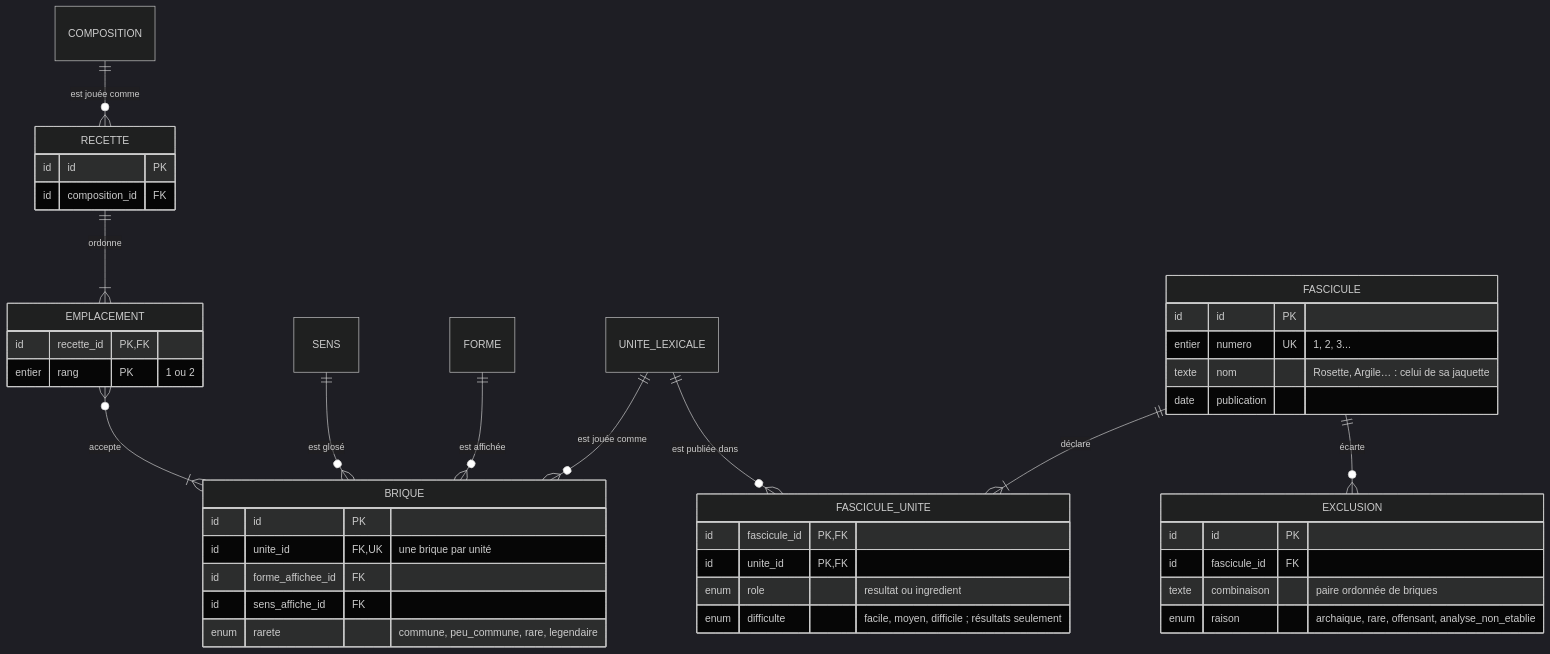
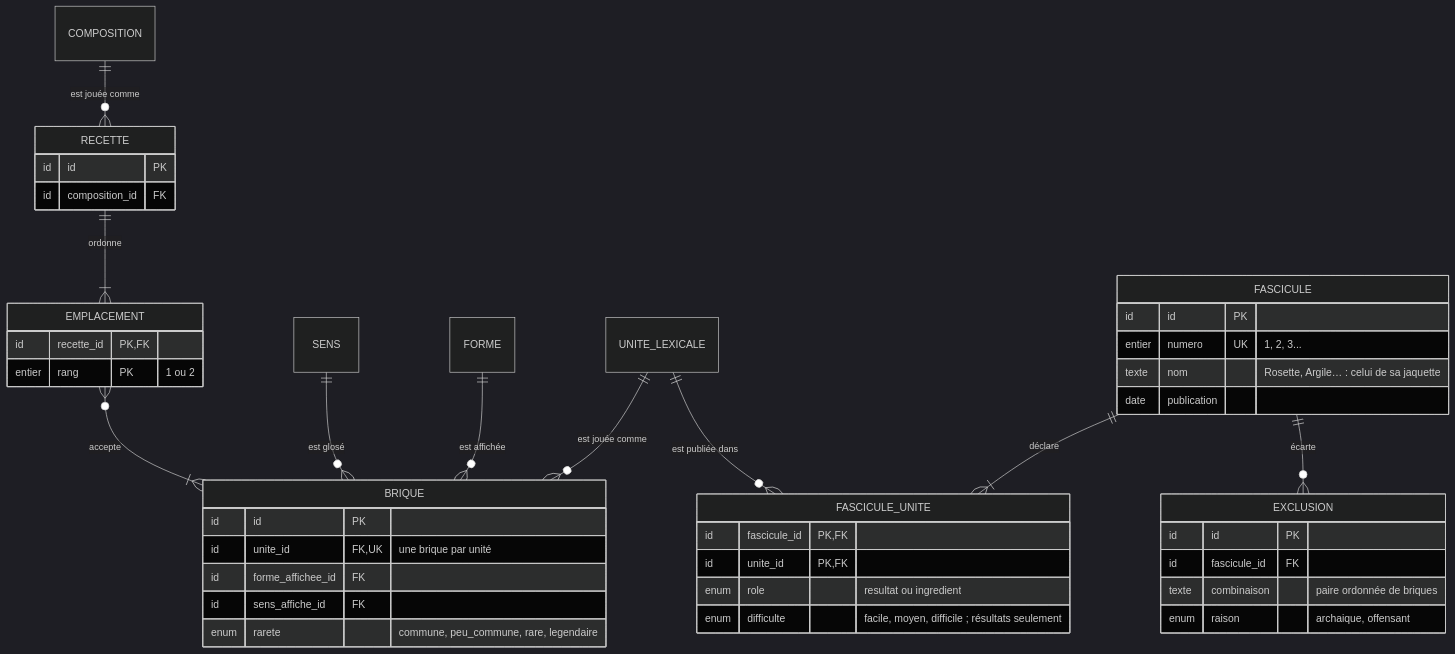
Before and after one commit to EtymoLogique/Design: the sixth of 8 diagrams in docs/modele-donnees.md, drawn with Mermaid (dark theme). The commit also changed 2 other files, not shown here.

````diff
--- a/docs/modele-donnees.md
+++ b/docs/modele-donnees.md
@@ -308,46 +308,46 @@
 ```mermaid
 erDiagram
     UNITE_LEXICALE ||--o{ BRIQUE : "est jouée comme"
     FORME ||--o{ BRIQUE : "est affichée"
     SENS ||--o{ BRIQUE : "est glosé"
     COMPOSITION ||--o{ RECETTE : "est jouée comme"
     RECETTE ||--|{ EMPLACEMENT : "ordonne"
     EMPLACEMENT }o--|{ BRIQUE : "accepte"
     FASCICULE ||--|{ FASCICULE_UNITE : "déclare"
     UNITE_LEXICALE ||--o{ FASCICULE_UNITE : "est publiée dans"
     FASCICULE ||--o{ EXCLUSION : "écarte"
 
     BRIQUE {
         id id PK
         id unite_id FK, UK "une brique par unité"
         id forme_affichee_id FK
         id sens_affiche_id FK
         enum rarete "commune, peu_commune, rare, legendaire"
     }
     RECETTE {
         id id PK
         id composition_id FK
     }
     EMPLACEMENT {
         id recette_id PK, FK
         entier rang PK "1 ou 2"
     }
     FASCICULE {
         id id PK
         entier numero UK "1, 2, 3..."
         texte nom "Rosette, Argile… : celui de sa jaquette"
         date publication
     }
     FASCICULE_UNITE {
         id fascicule_id PK, FK
         id unite_id PK, FK
         enum role "resultat ou ingredient"
         enum difficulte "facile, moyen, difficile ; résultats seulement"
     }
     EXCLUSION {
         id id PK
         id fascicule_id FK
         texte combinaison "paire ordonnée de briques"
-        enum raison "archaique, rare, offensant, analyse_non_etablie"
+        enum raison "archaique, offensant"
     }
 ```
````
